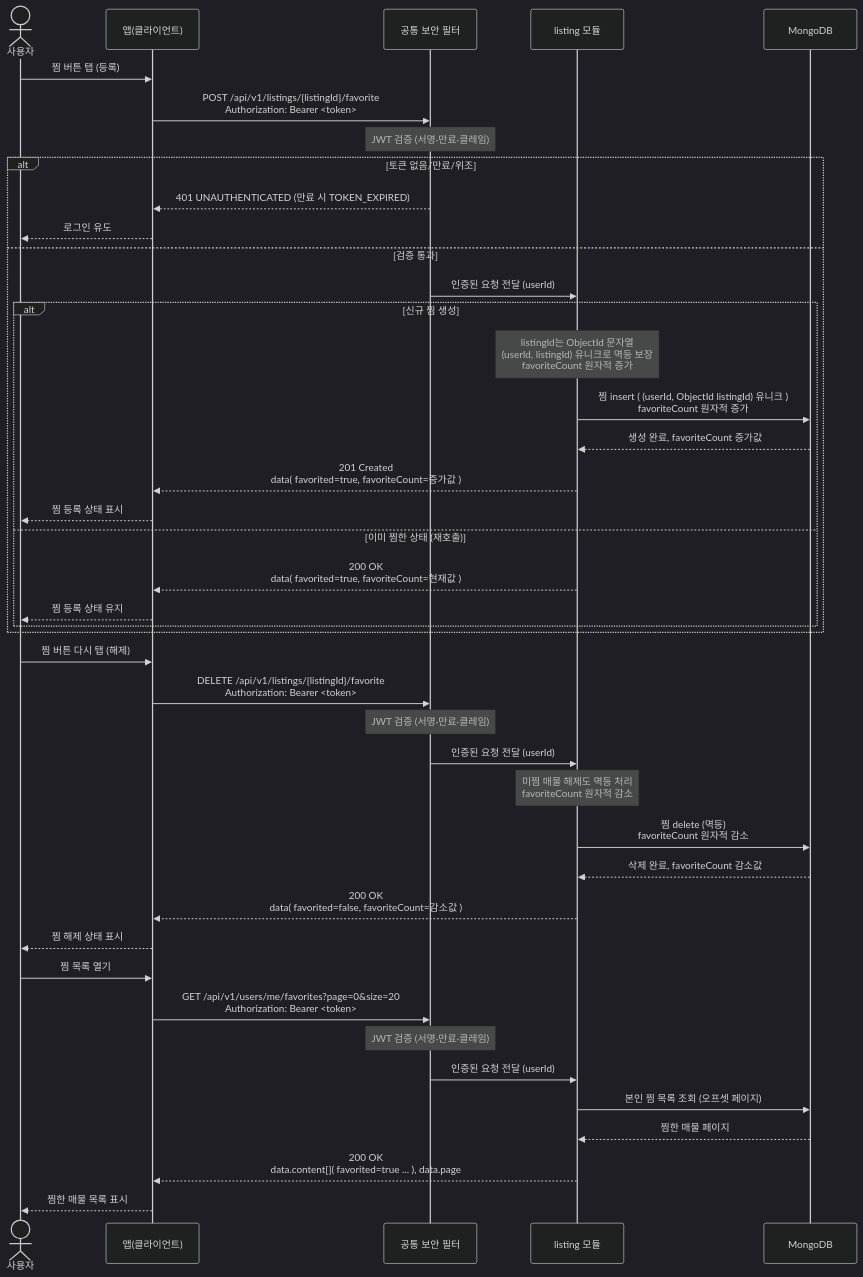
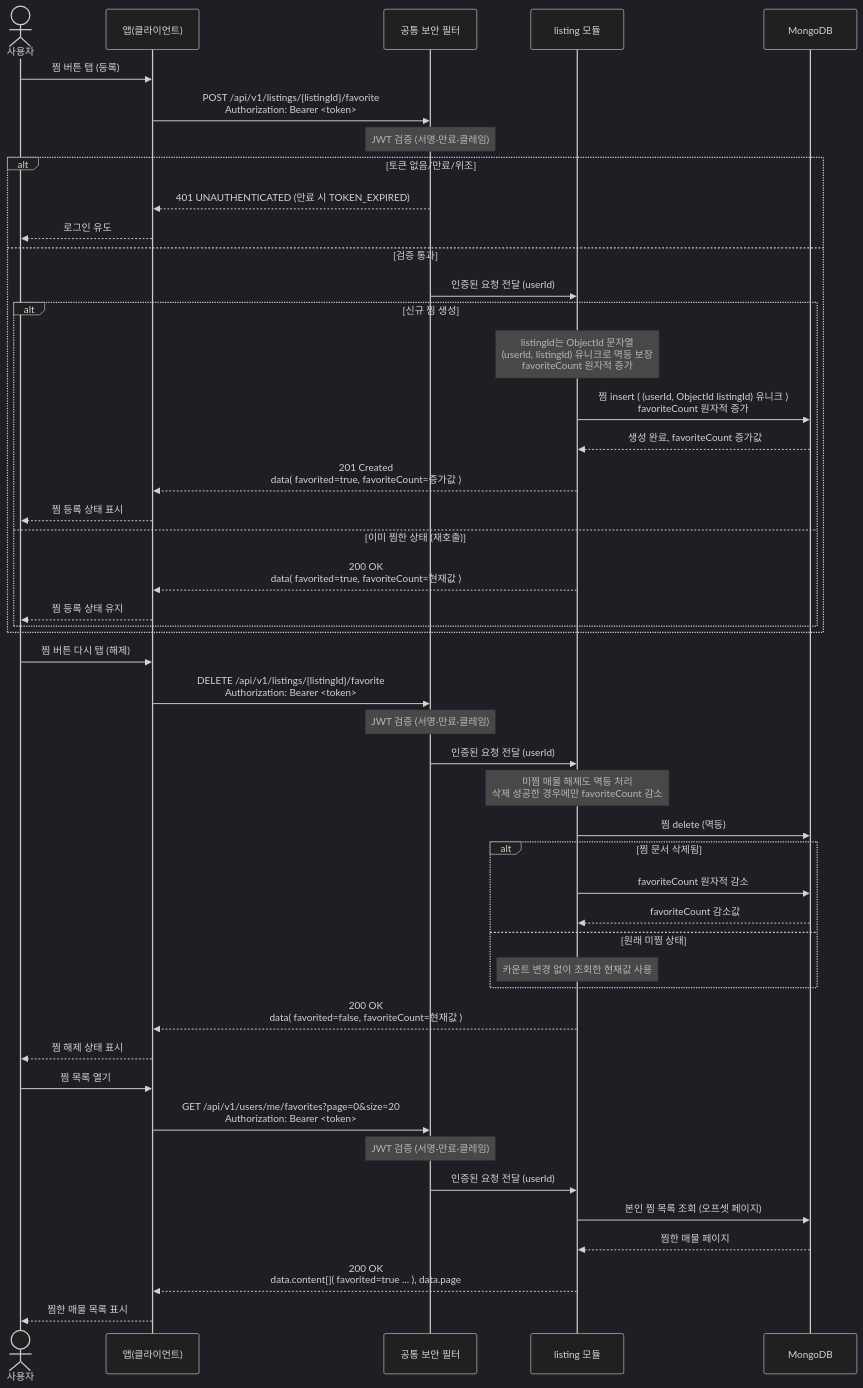
Before and after one commit to jameskim9509/Kohere-backend: the diagram in docs/architecture/sequence-diagrams/03-listings-favorites/us-3-5-favorite-toggle-list.md, drawn with Mermaid (dark theme). The commit also changed other lines of this file and 13 other files, not shown here.

````diff
--- a/docs/architecture/sequence-diagrams/03-listings-favorites/us-3-5-favorite-toggle-list.md
+++ b/docs/architecture/sequence-diagrams/03-listings-favorites/us-3-5-favorite-toggle-list.md
@@ -5,45 +5,50 @@
 ```mermaid
 sequenceDiagram
     actor U as 사용자
     participant C as 앱(클라이언트)
     participant SEC as 공통 보안 필터
     participant LIST as listing 모듈
     participant DB as MongoDB
 
     U->>C: 찜 버튼 탭 (등록)
     C->>SEC: POST /api/v1/listings/{listingId}/favorite<br/>Authorization: Bearer <token>
     Note over SEC: JWT 검증 (서명·만료·클레임)
     alt 토큰 없음/만료/위조
         SEC-->>C: 401 UNAUTHENTICATED (만료 시 TOKEN_EXPIRED)
         C-->>U: 로그인 유도
     else 검증 통과
         SEC->>LIST: 인증된 요청 전달 (userId)
         alt 신규 찜 생성
             Note over LIST: listingId는 ObjectId 문자열<br/>(userId, listingId) 유니크로 멱등 보장<br/>favoriteCount 원자적 증가
             LIST->>DB: 찜 insert ( (userId, ObjectId listingId) 유니크 )<br/>favoriteCount 원자적 증가
             DB-->>LIST: 생성 완료, favoriteCount 증가값
             LIST-->>C: 201 Created<br/>data( favorited=true, favoriteCount=증가값 )
             C-->>U: 찜 등록 상태 표시
         else 이미 찜한 상태 (재호출)
             LIST-->>C: 200 OK<br/>data( favorited=true, favoriteCount=현재값 )
             C-->>U: 찜 등록 상태 유지
         end
     end
     U->>C: 찜 버튼 다시 탭 (해제)
     C->>SEC: DELETE /api/v1/listings/{listingId}/favorite<br/>Authorization: Bearer <token>
     Note over SEC: JWT 검증 (서명·만료·클레임)
     SEC->>LIST: 인증된 요청 전달 (userId)
-    Note over LIST: 미찜 매물 해제도 멱등 처리<br/>favoriteCount 원자적 감소
-    LIST->>DB: 찜 delete (멱등)<br/>favoriteCount 원자적 감소
-    DB-->>LIST: 삭제 완료, favoriteCount 감소값
-    LIST-->>C: 200 OK<br/>data( favorited=false, favoriteCount=감소값 )
+    Note over LIST: 미찜 매물 해제도 멱등 처리<br/>삭제 성공한 경우에만 favoriteCount 감소
+    LIST->>DB: 찜 delete (멱등)
+    alt 찜 문서 삭제됨
+        LIST->>DB: favoriteCount 원자적 감소
+        DB-->>LIST: favoriteCount 감소값
+    else 원래 미찜 상태
+        Note over LIST: 카운트 변경 없이 조회한 현재값 사용
+    end
+    LIST-->>C: 200 OK<br/>data( favorited=false, favoriteCount=현재값 )
     C-->>U: 찜 해제 상태 표시
     U->>C: 찜 목록 열기
     C->>SEC: GET /api/v1/users/me/favorites?page=0&size=20<br/>Authorization: Bearer <token>
     Note over SEC: JWT 검증 (서명·만료·클레임)
     SEC->>LIST: 인증된 요청 전달 (userId)
     LIST->>DB: 본인 찜 목록 조회 (오프셋 페이지)
     DB-->>LIST: 찜한 매물 페이지
     LIST-->>C: 200 OK<br/>data.content[]( favorited=true ... ), data.page
     C-->>U: 찜한 매물 목록 표시
 ```
````
